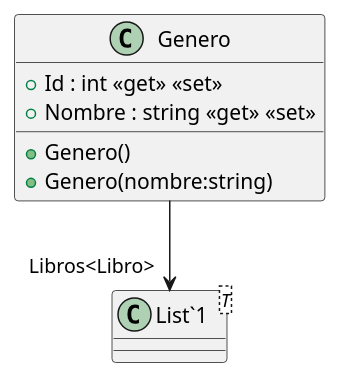
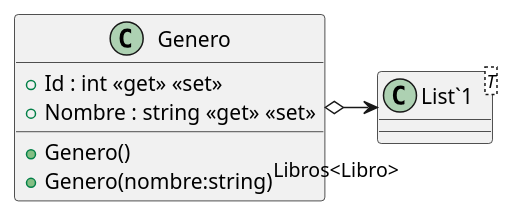
Before and after one commit to ISII2627DDNProject/ISII2627DDNProject: the diagram in src/AppForSEII.API/ClassDiagram/Genero.puml, drawn with PlantUML. The commit also changed 6 other files, not shown here.

```diff
--- a/src/AppForSEII.API/ClassDiagram/Genero.puml
+++ b/src/AppForSEII.API/ClassDiagram/Genero.puml
@@ -1,11 +1,11 @@
 @startuml
 class Genero {
     + Genero()
     + Genero(nombre:string)
     + Id : int <<get>> <<set>>
     + Nombre : string <<get>> <<set>>
 }
 class "List`1"<T> {
 }
-Genero --> "Libros<Libro>" "List`1"
+Genero o-> "Libros<Libro>" "List`1"
 @enduml
```
